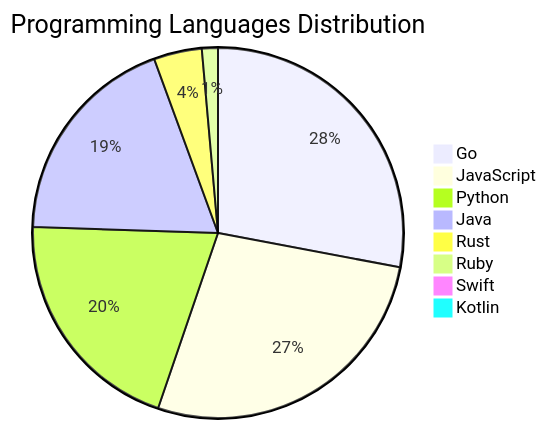
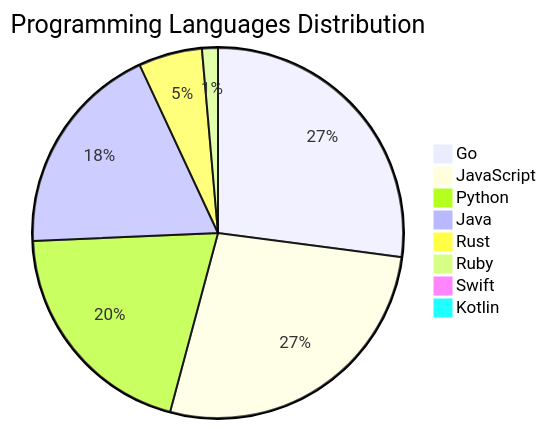
Before and after one commit to Derrick-MUGISHA/github-activity-bot: the diagram in README.md, drawn with Mermaid. The commit also changed other lines of this file and 4 other files, not shown here.

````diff
--- a/README.md
+++ b/README.md
@@ -209,11 +210,11 @@
 ```mermaid
 pie title Programming Languages Distribution
-    "Go" : 40
+    "Go" : 39
     "JavaScript" : 39
     "Python" : 29
     "Java" : 27
-    "Rust" : 6
+    "Rust" : 8
     "Ruby" : 2
     "Swift" : 1
     "Kotlin" : 1
 ```
````
